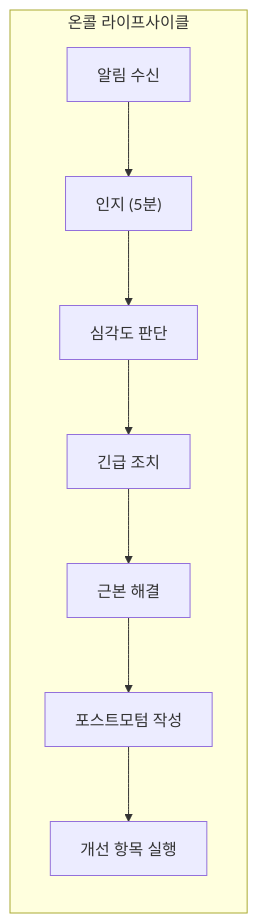
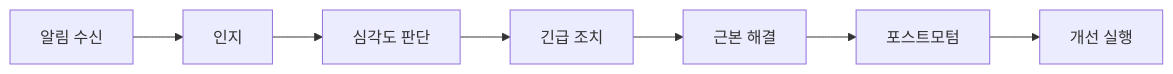
Before and after one commit to yjkim2015/yjkim2015.github.io: the eighth of 8 diagrams in _posts/monitoring/2026-05-03-sre-golden-signals.md, drawn with Mermaid. The commit also changed other lines of this file and 155 other files, not shown here.

First line of the commit message:
Mermaid 전면 수정: subgraph 제거, participant/노드/줄수 축소 (342블록)

````diff
--- a/_posts/monitoring/2026-05-03-sre-golden-signals.md
+++ b/_posts/monitoring/2026-05-03-sre-golden-signals.md
@@ -546,11 +542,9 @@
 ```mermaid
 graph LR
-    subgraph "온콜 라이프사이클"
-        ALERT_IN["알림 수신"] --> ACK["인지 (5분)"]
-        ACK --> ASSESS["심각도 판단"]
-        ASSESS --> MITIGATE["긴급 조치"]
-        MITIGATE --> RESOLVE["근본 해결"]
-        RESOLVE --> PM["포스트모텀 작성"]
-        PM --> ACTION["개선 항목 실행"]
-    end
+    ALERT_IN["알림 수신"] --> ACK["인지"]
+    ACK --> ASSESS["심각도 판단"]
+    ASSESS --> MITIGATE["긴급 조치"]
+    MITIGATE --> RESOLVE["근본 해결"]
+    RESOLVE --> PM["포스트모텀"]
+    PM --> ACTION["개선 실행"]
 ```
````
